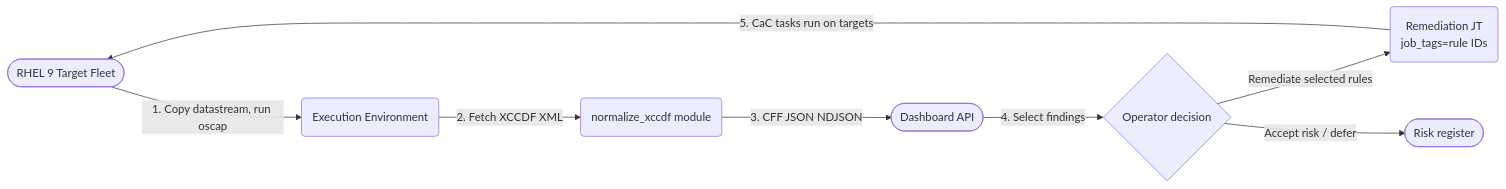
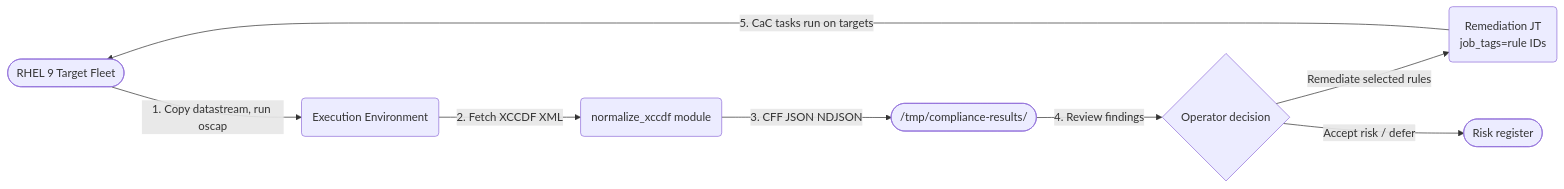
One commit to IPvSean/solution-guides changed the diagram in README-STIG-CIS-compliance.md. Above: the diagram before and after it, drawn with Mermaid. The commit also changed other lines of this file, not shown here.

First line of the commit message:
Remove compliance dashboard references from STIG-CIS guide

````diff
--- a/README-STIG-CIS-compliance.md
+++ b/README-STIG-CIS-compliance.md
@@ -107,10 +107,10 @@
 ```mermaid
 graph LR
     A([RHEL 9 Target Fleet]) -->|1. Copy datastream, run oscap| B(Execution Environment)
     B -->|2. Fetch XCCDF XML| C(normalize_xccdf module)
-    C -->|3. CFF JSON NDJSON| D([Dashboard API])
-    D -->|4. Select findings| E{Operator decision}
+    C -->|3. CFF JSON NDJSON| D([/tmp/compliance-results/])
+    D -->|4. Review findings| E{Operator decision}
     E -->|Remediate selected rules| F(Remediation JT\njob_tags=rule IDs)
     E -->|Accept risk / defer| G([Risk register])
     F -->|5. CaC tasks run on targets| A
 ```
````
